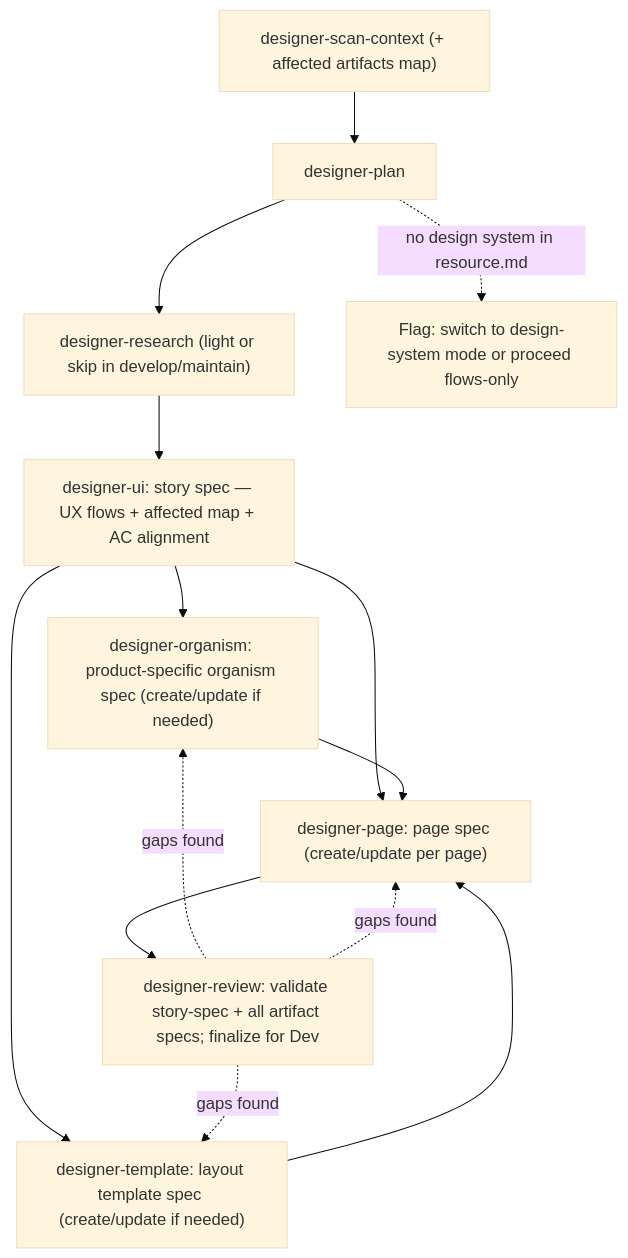
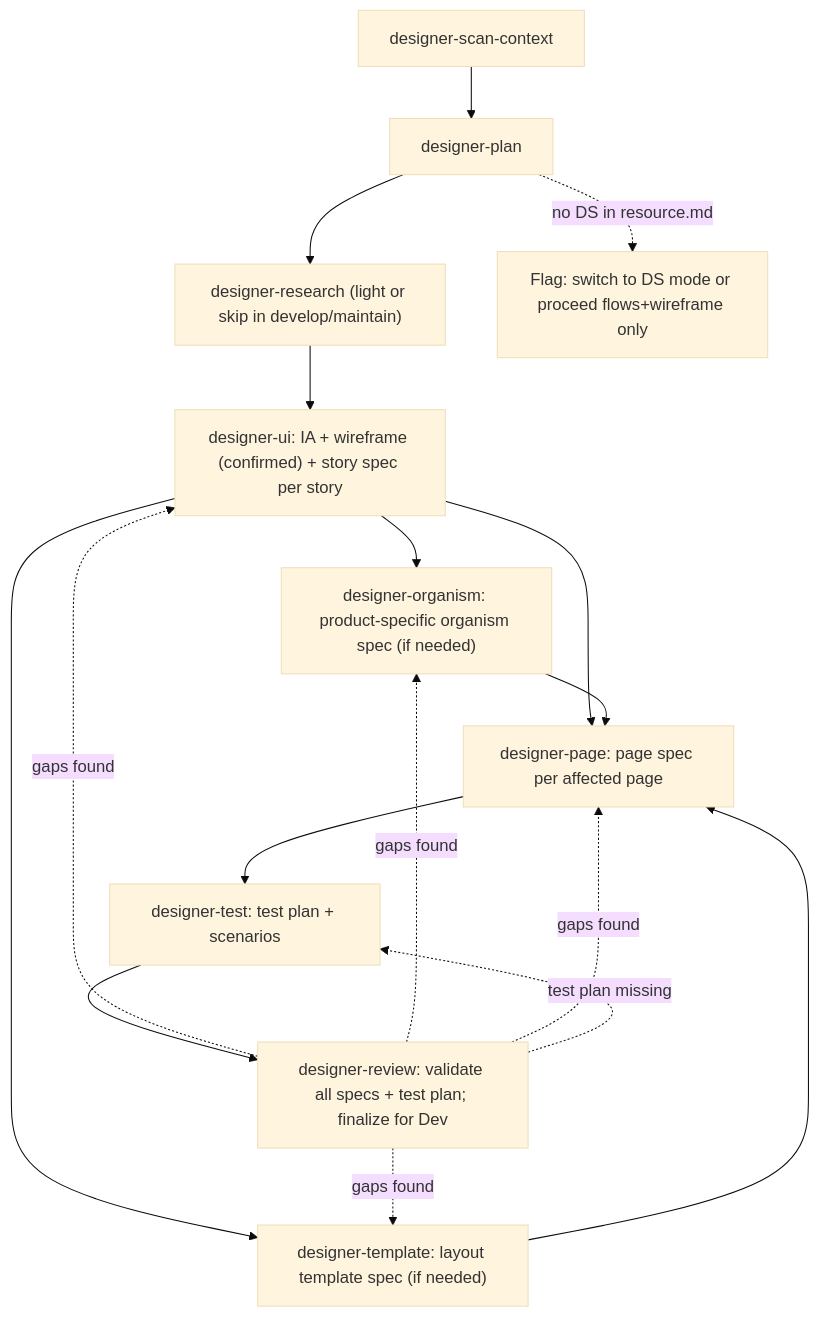
One commit to hoang-transperfect/role-based-agents changed the first of 2 diagrams in assistants/designer-assistant/designer-assistant.md. Above: the diagram before and after it, drawn with Mermaid (base theme). The commit also changed other lines of this file and 4 other files, not shown here.

````diff
--- a/assistants/designer-assistant/designer-assistant.md
+++ b/assistants/designer-assistant/designer-assistant.md
@@ -80,16 +84,19 @@
 ```mermaid
 flowchart TD
-    SC["designer-scan-context (+ affected artifacts map)"] --> PL["designer-plan"]
+    SC["designer-scan-context"] --> PL["designer-plan"]
     PL --> RE["designer-research (light or skip in develop/maintain)"]
-    RE --> UI["designer-ui: story spec — UX flows + affected map + AC alignment"]
-    UI --> OR["designer-organism: product-specific organism spec (create/update if needed)"]
-    UI --> TM["designer-template: layout template spec (create/update if needed)"]
-    UI --> PG["designer-page: page spec (create/update per page)"]
+    RE --> UI["designer-ui: IA + wireframe (confirmed) + story spec per story"]
+    UI --> OR["designer-organism: product-specific organism spec (if needed)"]
+    UI --> TM["designer-template: layout template spec (if needed)"]
+    UI --> PG["designer-page: page spec per affected page"]
     OR --> PG
     TM --> PG
-    PG --> RV["designer-review: validate story-spec + all artifact specs; finalize for Dev"]
-    PL -.->|no design system in resource.md| W["Flag: switch to design-system mode or proceed flows-only"]
+    PG --> TS["designer-test: test plan + scenarios"]
+    TS --> RV["designer-review: validate all specs + test plan; finalize for Dev"]
+    PL -.->|no DS in resource.md| W["Flag: switch to DS mode or proceed flows+wireframe only"]
+    RV -.->|gaps found| UI
     RV -.->|gaps found| OR
     RV -.->|gaps found| TM
     RV -.->|gaps found| PG
+    RV -.->|test plan missing| TS
 ```
````
